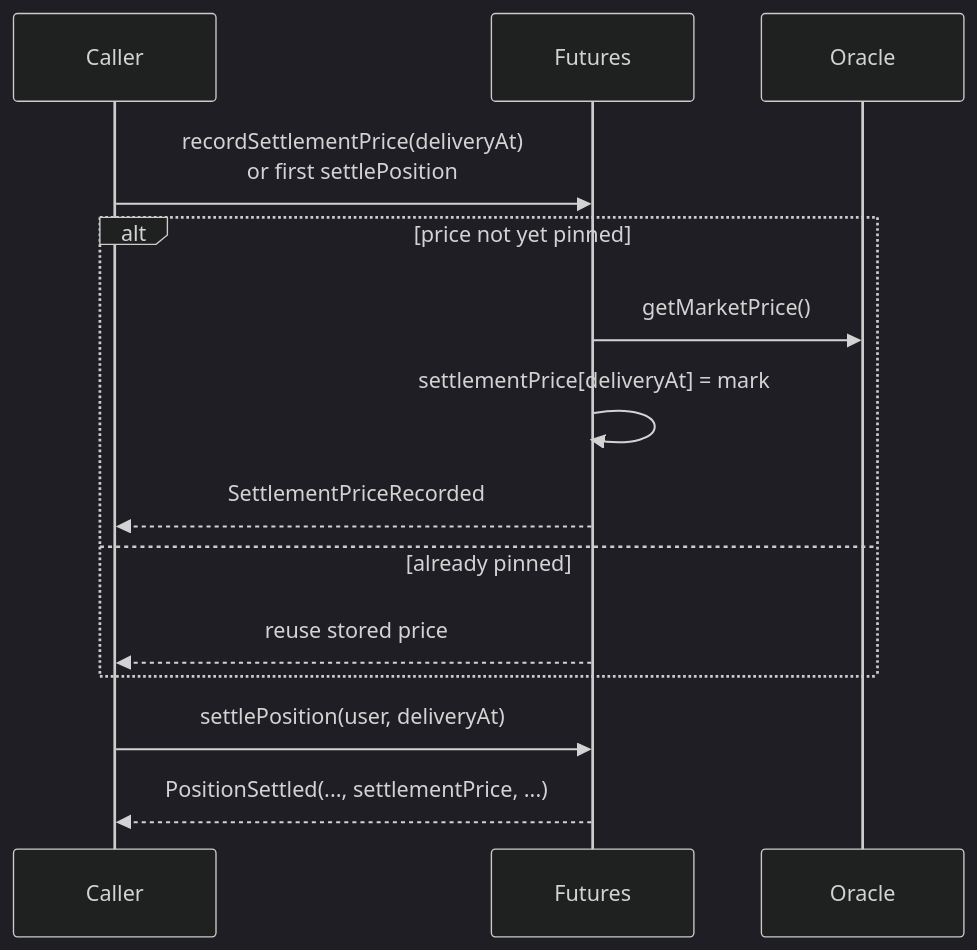
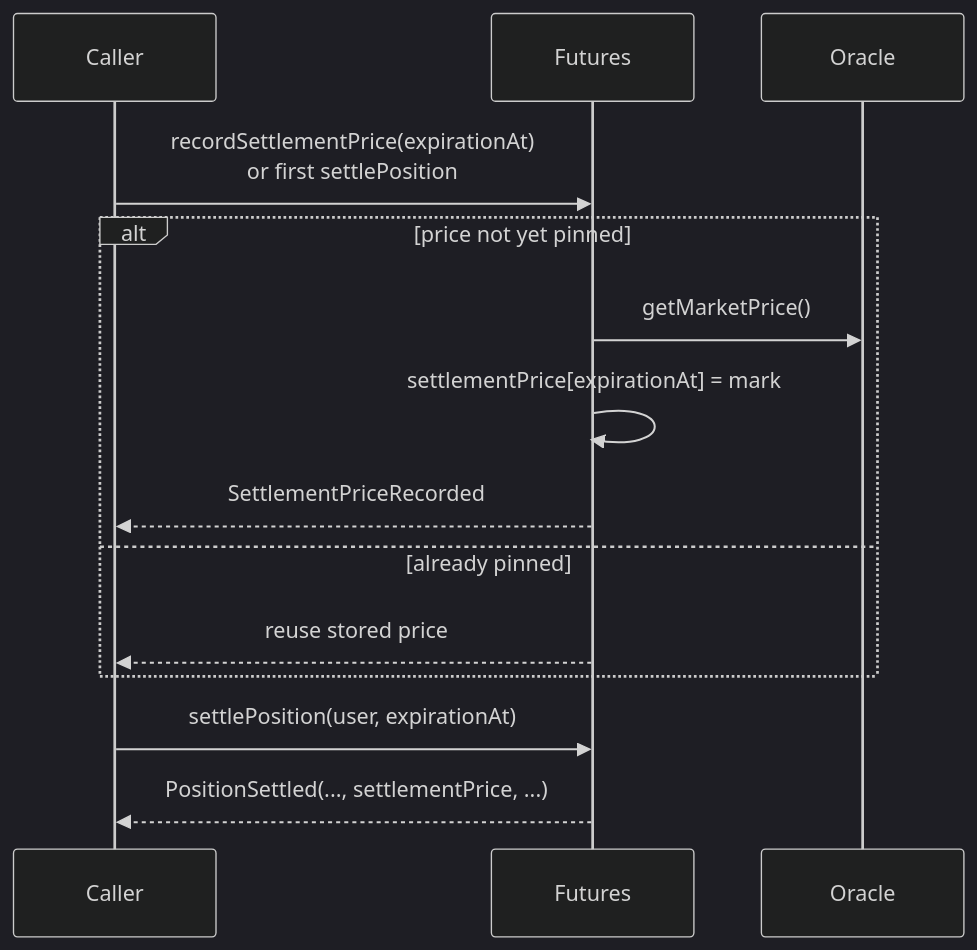
One commit to Lumerin-protocol/futures-marketplace changed the second of 3 diagrams in docs/05.Delivery-Settlement.md. Above: the diagram before and after it, drawn with Mermaid (dark theme). The commit also changed other lines of this file and 86 other files, not shown here.

First line of the commit message:
refactor(futures): rename deliveryAt to expirationAt; align margin getters

````diff
--- a/docs/05.Delivery-Settlement.md
+++ b/docs/05.Delivery-Settlement.md
@@ -71,17 +71,17 @@
 ```mermaid
 sequenceDiagram
   participant Caller
   participant Futures
   participant Oracle
 
-  Caller->>Futures: recordSettlementPrice(deliveryAt)<br/>or first settlePosition
+  Caller->>Futures: recordSettlementPrice(expirationAt)<br/>or first settlePosition
   alt price not yet pinned
     Futures->>Oracle: getMarketPrice()
-    Futures->>Futures: settlementPrice[deliveryAt] = mark
+    Futures->>Futures: settlementPrice[expirationAt] = mark
     Futures-->>Caller: SettlementPriceRecorded
   else already pinned
     Futures-->>Caller: reuse stored price
   end
-  Caller->>Futures: settlePosition(user, deliveryAt)
+  Caller->>Futures: settlePosition(user, expirationAt)
   Futures-->>Caller: PositionSettled(..., settlementPrice, ...)
 ```
````
